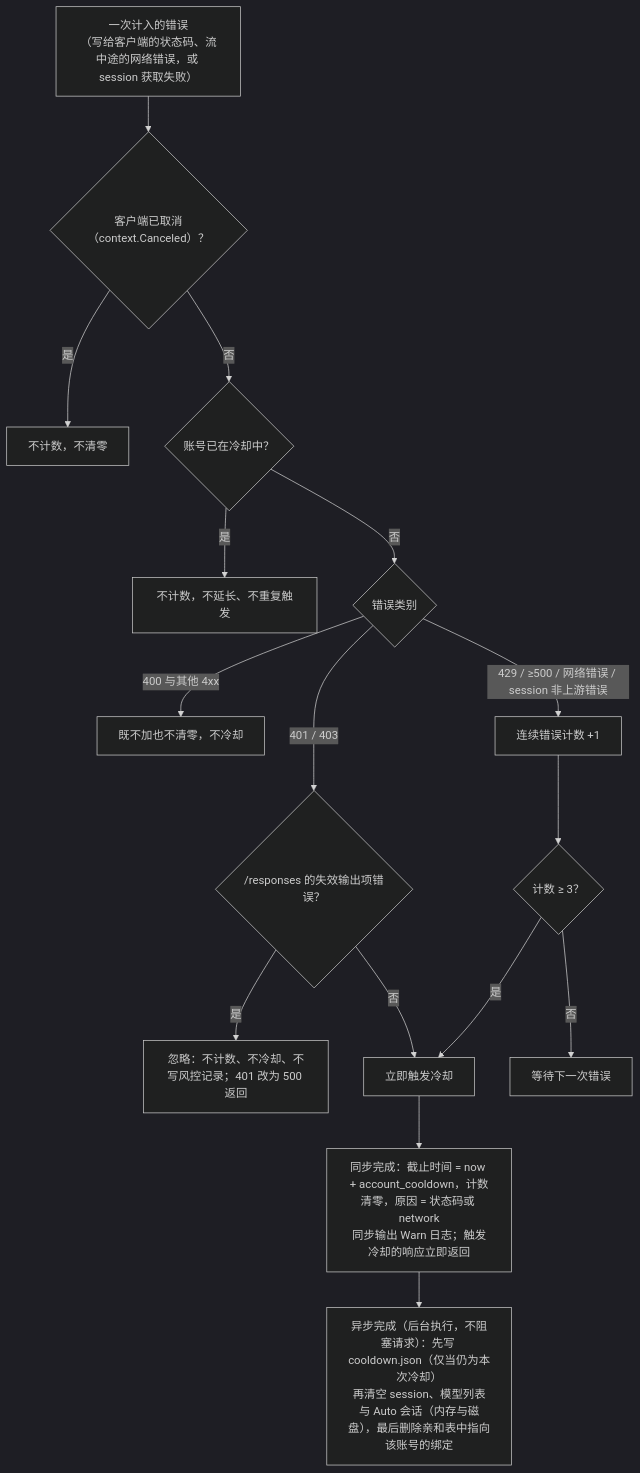
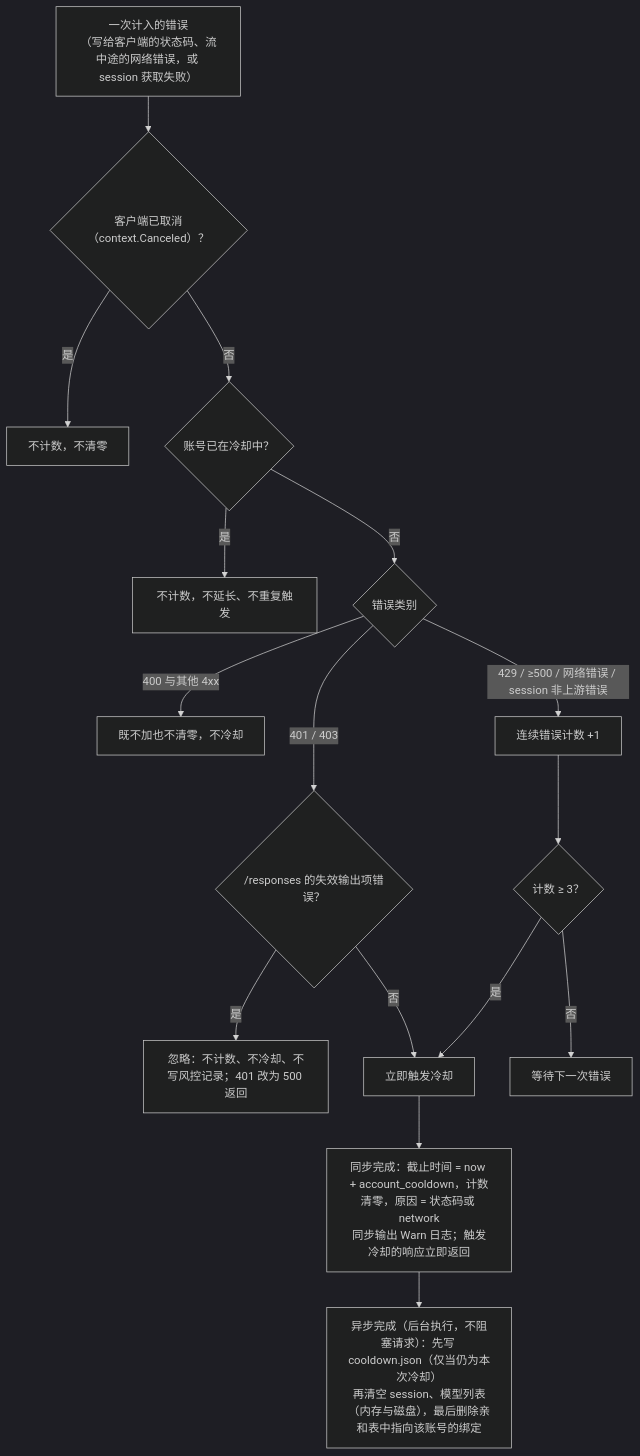
One commit to 1oo1/ghc2api changed the second of 3 diagrams in docs/pool.md. Above: the diagram before and after it, drawn with Mermaid (dark theme). The commit also changed other lines of this file and 26 other files, not shown here.

````diff
--- a/docs/pool.md
+++ b/docs/pool.md
@@ -76,18 +76,18 @@
 ```mermaid
 flowchart TD
     A["一次计入的错误<br/>（写给客户端的状态码、流中途的网络错误，或 session 获取失败）"] --> B{"客户端已取消（context.Canceled）？"}
     B -- 是 --> X1["不计数，不清零"]
     B -- 否 --> E{"账号已在冷却中？"}
     E -- 是 --> X3["不计数，不延长、不重复触发"]
     E -- 否 --> C{"错误类别"}
     C -- "400 与其他 4xx" --> X2["既不加也不清零，不冷却"]
     C -- "401 / 403" --> C1{"/responses 的失效输出项错误？"}
     C1 -- 是 --> X5["忽略：不计数、不冷却、不写风控记录；401 改为 500 返回"]
     C1 -- 否 --> D["立即触发冷却"]
     C -- "429 / ≥500 / 网络错误 / session 非上游错误" --> F["连续错误计数 +1"]
     F --> G{"计数 ≥ 3？"}
     G -- 否 --> X4["等待下一次错误"]
     G -- 是 --> D
     D --> H["同步完成：截止时间 = now + account_cooldown，计数清零，原因 = 状态码或 network<br/>同步输出 Warn 日志；触发冷却的响应立即返回"]
-    H --> I["异步完成（后台执行，不阻塞请求）：先写 cooldown.json（仅当仍为本次冷却）<br/>再清空 session、模型列表与 Auto 会话（内存与磁盘），最后删除亲和表中指向该账号的绑定"]
+    H --> I["异步完成（后台执行，不阻塞请求）：先写 cooldown.json（仅当仍为本次冷却）<br/>再清空 session、模型列表（内存与磁盘），最后删除亲和表中指向该账号的绑定"]
 ```
````
